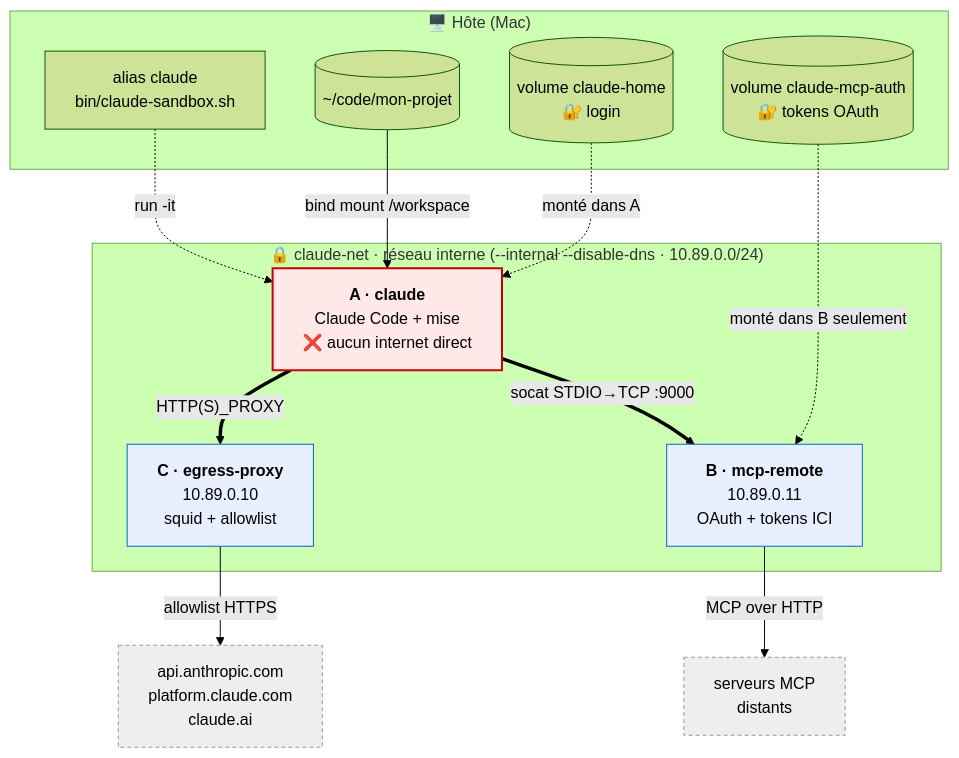
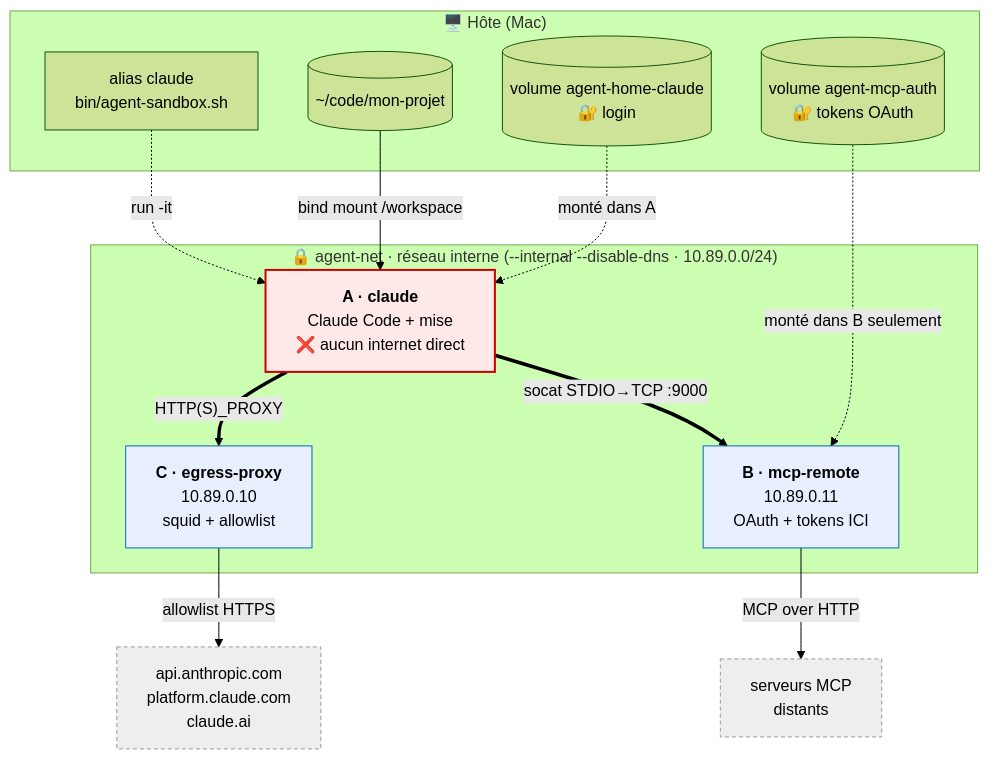
The first of 2 diagrams in README.md (Akeuuh/agent-airlock), drawn with Mermaid (forest theme) before and after one commit. The commit also changed other lines of this file and 4 other files, not shown here.

````diff
--- a/README.md
+++ b/README.md
@@ -43,35 +43,35 @@
 ```mermaid
 flowchart TB
     subgraph host["🖥️ Hôte (Mac)"]
-        launcher["alias claude<br/>bin/claude-sandbox.sh"]
+        launcher["alias claude<br/>bin/agent-sandbox.sh"]
         code[("~/code/mon-projet")]
-        vh[("volume claude-home<br/>🔐 login")]
-        vm[("volume claude-mcp-auth<br/>🔐 tokens OAuth")]
+        vh[("volume agent-home-claude<br/>🔐 login")]
+        vm[("volume agent-mcp-auth<br/>🔐 tokens OAuth")]
     end
 
-    subgraph net["🔒 claude-net · réseau interne (--internal --disable-dns · 10.89.0.0/24)"]
+    subgraph net["🔒 agent-net · réseau interne (--internal --disable-dns · 10.89.0.0/24)"]
         A["<b>A · claude</b><br/>Claude Code + mise<br/>❌ aucun internet direct"]
         C["<b>C · egress-proxy</b><br/>10.89.0.10<br/>squid + allowlist"]
         B["<b>B · mcp-remote</b><br/>10.89.0.11<br/>OAuth + tokens ICI"]
     end
 
     anthropic["api.anthropic.com<br/>platform.claude.com<br/>claude.ai"]
     mcpsrv["serveurs MCP<br/>distants"]
 
     launcher -. "run -it" .-> A
     code -->|bind mount /workspace| A
     vh -. monté dans A .-> A
     vm -. monté dans B seulement .-> B
 
     A ==>|"HTTP(S)_PROXY"| C
     A ==>|"socat STDIO→TCP :9000"| B
     C -->|allowlist HTTPS| anthropic
     B -->|MCP over HTTP| mcpsrv
 
     classDef isolated fill:#ffe8e8,stroke:#c00,stroke-width:2px;
     classDef gateway fill:#e8f0ff,stroke:#06c;
     classDef ext fill:#eee,stroke:#999,stroke-dasharray:4 3;
     class A isolated;
     class B,C gateway;
     class anthropic,mcpsrv ext;
 ```
````
